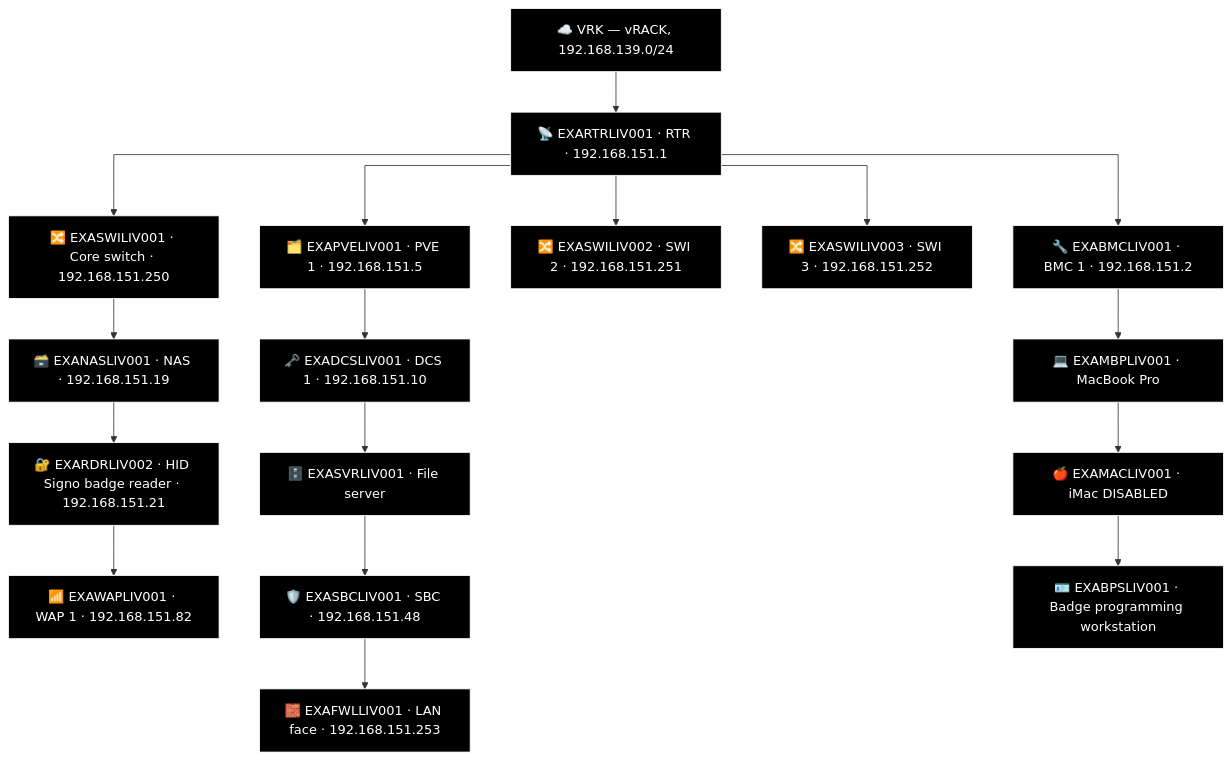
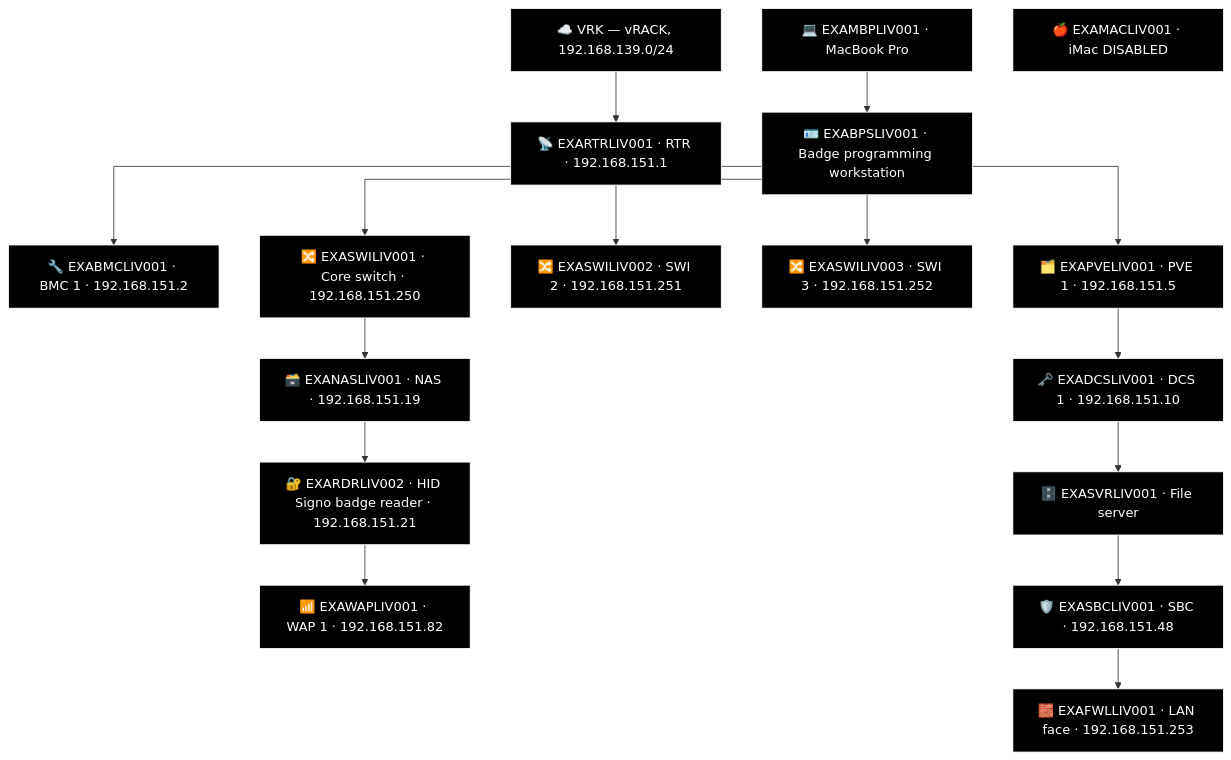
One commit to knightmare2600/example_music_infra changed the eighth of 18 diagrams in docs/network-diagram/england.md. Above: the diagram before and after it, drawn with Mermaid. The commit also changed other lines of this file and 8 other files, not shown here.

First line of the commit message:
generate_network_diagrams.py: port FAL's two-column "Other" bucket into the generator

````diff
--- a/docs/network-diagram/england.md
+++ b/docs/network-diagram/england.md
@@ -317,49 +347,49 @@
 ```mermaid
 %% GENERATED:TOPOLOGY:LIV:START
 %%{init: {'flowchart': {'curve': 'stepAfter'}}}%%
 graph TD
     T_VRK["☁️ VRK — vRACK, 192.168.139.0/24"]
     T_RTR["📡 EXARTRLIV001 · RTR · 192.168.151.1"]
     T_VRK --> T_RTR
     T_BMC["🔧 EXABMCLIV001 · BMC 1 · 192.168.151.2"]
     T_RTR --> T_BMC
     T_PVE["🗂️ EXAPVELIV001 · PVE 1 · 192.168.151.5"]
     T_RTR --> T_PVE
     T_SWI["🔀 EXASWILIV002 · SWI 2 · 192.168.151.251"]
     T_RTR --> T_SWI
     T_SWI2["🔀 EXASWILIV003 · SWI 3 · 192.168.151.252"]
     T_RTR --> T_SWI2
     T_SWI3["🔀 EXASWILIV001 · Core switch · 192.168.151.250"]
     T_RTR --> T_SWI3
     T_NAS["🗃️ EXANASLIV001 · NAS · 192.168.151.19"]
     T_RDR["🔐 EXARDRLIV002 · HID Signo badge reader · 192.168.151.21"]
     T_WAP["📶 EXAWAPLIV001 · WAP 1 · 192.168.151.82"]
     T_SWI3 --> T_NAS --> T_RDR --> T_WAP
     T_DCS["🗝️ EXADCSLIV001 · DCS 1 · 192.168.151.10"]
     T_SVR["🗄️ EXASVRLIV001 · File server"]
     T_SBC["🛡️ EXASBCLIV001 · SBC · 192.168.151.48"]
     T_FWL["🧱 EXAFWLLIV001 · LAN face · 192.168.151.253"]
     T_PVE --> T_DCS --> T_SVR --> T_SBC --> T_FWL
     T_MBP["💻 EXAMBPLIV001 · MacBook Pro"]
     T_MAC["🍎 EXAMACLIV001 · iMac DISABLED"]
     T_BPS["🪪 EXABPSLIV001 · Badge programming workstation"]
-    T_BMC --> T_MBP --> T_MAC --> T_BPS
+    T_MBP --> T_BPS
     style T_VRK fill:#000000,stroke:#FFFFFF,color:#FFFFFF
     style T_RTR fill:#000000,stroke:#FFFFFF,color:#FFFFFF
     style T_BMC fill:#000000,stroke:#FFFFFF,color:#FFFFFF
     style T_PVE fill:#000000,stroke:#FFFFFF,color:#FFFFFF
     style T_SWI fill:#000000,stroke:#FFFFFF,color:#FFFFFF
     style T_SWI2 fill:#000000,stroke:#FFFFFF,color:#FFFFFF
     style T_SWI3 fill:#000000,stroke:#FFFFFF,color:#FFFFFF
     style T_NAS fill:#000000,stroke:#FFFFFF,color:#FFFFFF
     style T_RDR fill:#000000,stroke:#FFFFFF,color:#FFFFFF
     style T_WAP fill:#000000,stroke:#FFFFFF,color:#FFFFFF
     style T_DCS fill:#000000,stroke:#FFFFFF,color:#FFFFFF
     style T_SVR fill:#000000,stroke:#FFFFFF,color:#FFFFFF
     style T_SBC fill:#000000,stroke:#FFFFFF,color:#FFFFFF
     style T_FWL fill:#000000,stroke:#FFFFFF,color:#FFFFFF
     style T_MBP fill:#000000,stroke:#FFFFFF,color:#FFFFFF
     style T_MAC fill:#000000,stroke:#FFFFFF,color:#FFFFFF
     style T_BPS fill:#000000,stroke:#FFFFFF,color:#FFFFFF
 %% GENERATED:TOPOLOGY:LIV:END
 ```
````
